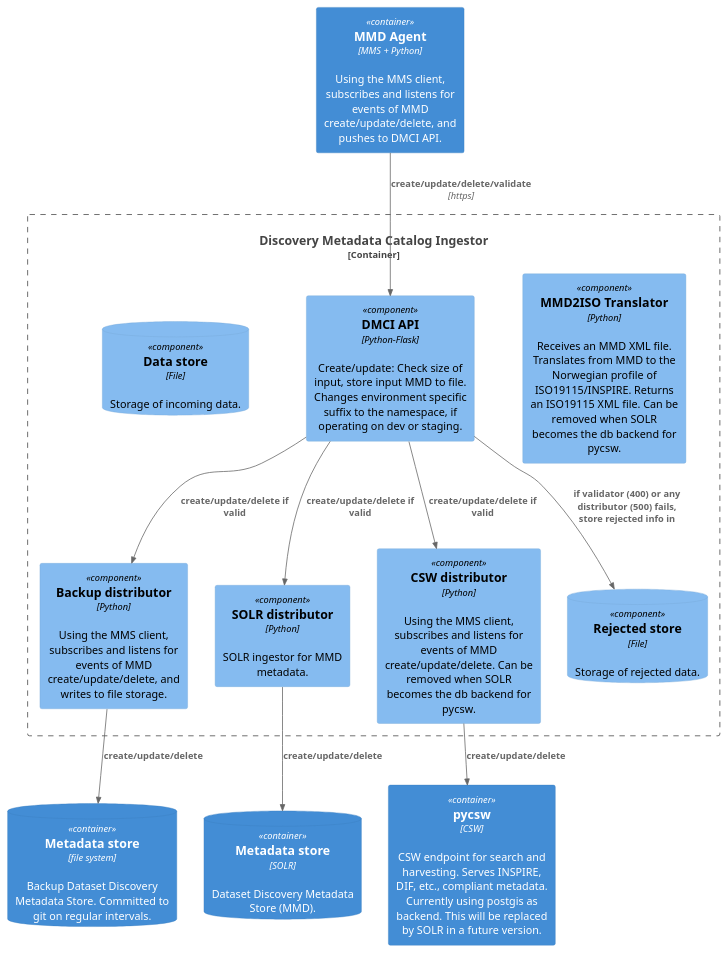
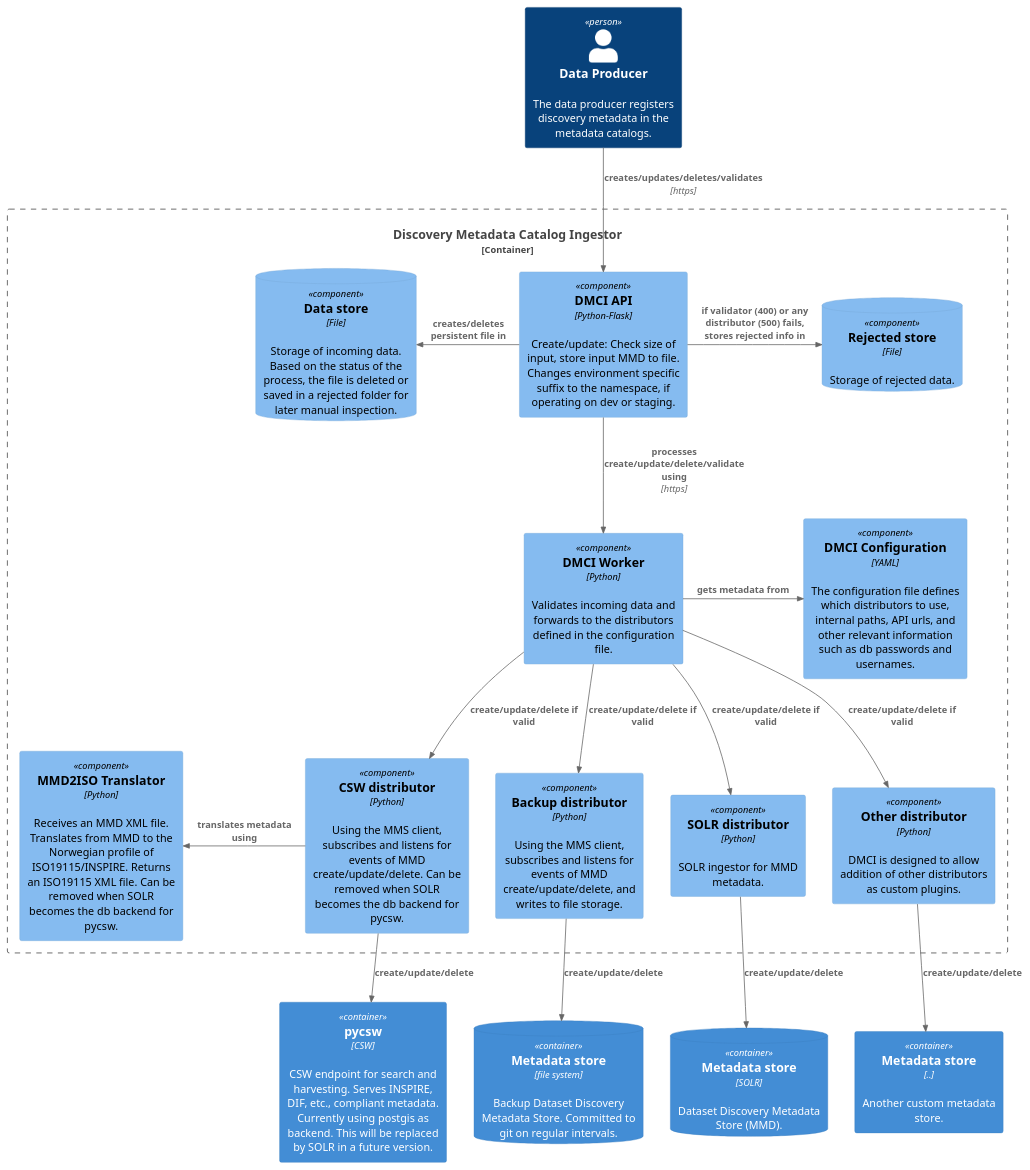
Before and after one commit to metno/discovery-metadata-catalog-ingestor: the diagram in dmci-component-diagram.puml, drawn with PlantUML. The commit also changed 1 other file, not shown here.

```diff
--- a/dmci-component-diagram.puml
+++ b/dmci-component-diagram.puml
@@ -1,31 +1,50 @@
 @startuml dmci-component-diagram
-!include https://raw.githubusercontent.com/plantuml-stdlib/C4-PlantUML/master/C4_Component.puml
+'!include https://raw.githubusercontent.com/plantuml-stdlib/C4-PlantUML/master/C4_Component.puml
+!include <C4/C4_Component>
 
-Container(mmd_agent, "MMD Agent", "MMS + Python", "Using the MMS client, subscribes and listens for events of MMD create/update/delete, and pushes to DMCI API.")
+Person(producer, "Data Producer", "The data producer registers discovery metadata in the metadata catalogs.")
 
 ContainerDb(file, "Metadata store", "file system", "Backup Dataset Discovery Metadata Store. Committed to git on regular intervals.")
 ContainerDb(solr, "Metadata store", "SOLR", "Dataset Discovery Metadata Store (MMD).")
 Container(csapi, "pycsw", "CSW", "CSW endpoint for search and harvesting. Serves INSPIRE, DIF, etc., compliant metadata. Currently using postgis as backend. This will be replaced by SOLR in a future version.")
-
+Container(other, "Metadata store", "..", "Another custom metadata store.")
 
 Container_Boundary(dmci, "Discovery Metadata Catalog Ingestor"){
+  Component(api, "DMCI API", "Python-Flask", "Create/update: Check size of input, store input MMD to file. Changes environment specific suffix to the namespace, if operating on dev or staging.")
+
+  ComponentDb(db, "Data store", "File", "Storage of incoming data. Based on the status of the process, the file is deleted or saved in a rejected folder for later manual inspection.")
+
+  Component(worker, "DMCI Worker", "Python", "Validates incoming data and forwards to the distributors defined in the configuration file.")
+
+  Component(config, "DMCI Configuration", "YAML", "The configuration file defines which distributors to use, internal paths, API urls, and other relevant information such as db passwords and usernames.")
+
   Component(filedist, "Backup distributor", "Python", "Using the MMS client, subscribes and listens for events of MMD create/update/delete, and writes to file storage.")
   Component(solrdist, "SOLR distributor", "Python", "SOLR ingestor for MMD metadata.")
   Component(cswdist, "CSW distributor", "Python", "Using the MMS client, subscribes and listens for events of MMD create/update/delete. Can be removed when SOLR becomes the db backend for pycsw.")
+  Component(plugin, "Other distributor", "Python", "DMCI is designed to allow addition of other distributors as custom plugins.")
+
   Component(translator, "MMD2ISO Translator", "Python", "Receives an MMD XML file. Translates from MMD to the Norwegian profile of ISO19115/INSPIRE. Returns an ISO19115 XML file. Can be removed when SOLR becomes the db backend for pycsw.")
-  Component(api, "DMCI API", "Python-Flask", "Create/update: Check size of input, store input MMD to file. Changes environment specific suffix to the namespace, if operating on dev or staging.")
-  ComponentDb(db, "Data store", "File", "Storage of incoming data.")
+
+  'ComponentDb(db, "Data store", "File", "Storage of incoming data.")
   ComponentDb(rejected, "Rejected store", "File", "Storage of rejected data.")
 }
 
-Rel(mmd_agent, api, "create/update/delete/validate", "https")
-Rel(api, rejected, "if validator (400) or any distributor (500) fails, store rejected info in", "")
-Rel(api, filedist, "create/update/delete if valid", "")
-Rel(api, solrdist, "create/update/delete if valid", "")
-Rel(api, cswdist, "create/update/delete if valid", "")
+Rel(producer, api, "creates/updates/deletes/validates", "https")
+Rel_L(api, db, "creates/deletes persistent file in")
+Rel_R(api, rejected, "if validator (400) or any distributor (500) fails, stores rejected info in")
+Rel(api, worker, "processes create/update/delete/validate using", "https")
 
-Rel(filedist, file, "create/update/delete", "")
-Rel(solrdist, solr, "create/update/delete", "")
-Rel(cswdist, csapi, "create/update/delete", "")
+Rel_R(worker, config, "gets metadata from")
+Rel(worker, filedist, "create/update/delete if valid")
+Rel(worker, solrdist, "create/update/delete if valid")
+Rel(worker, cswdist, "create/update/delete if valid")
+Rel(worker, plugin, "create/update/delete if valid")
+
+Rel_L(cswdist, translator, "translates metadata using")
+
+Rel(filedist, file, "create/update/delete")
+Rel(solrdist, solr, "create/update/delete")
+Rel(cswdist, csapi, "create/update/delete")
+Rel(plugin, other, "create/update/delete")
 
 @enduml
```
